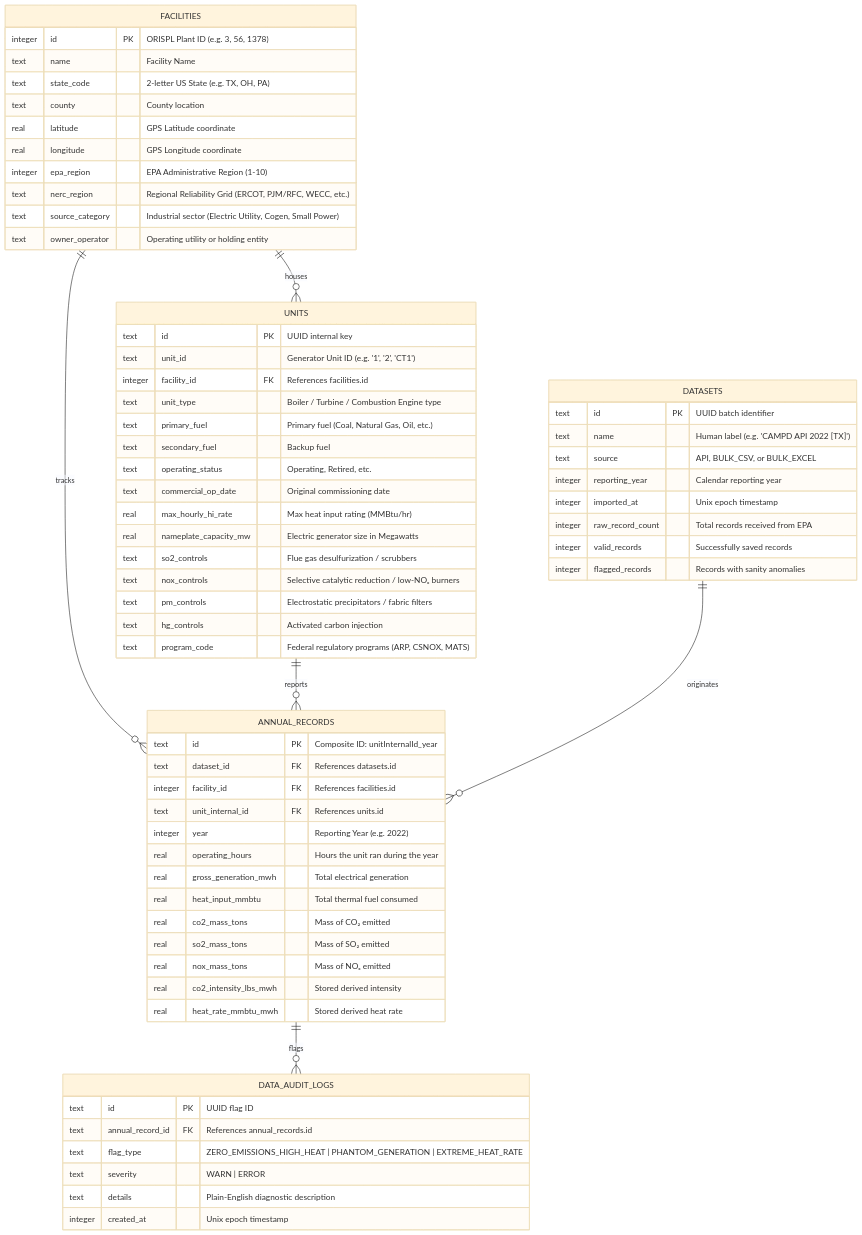
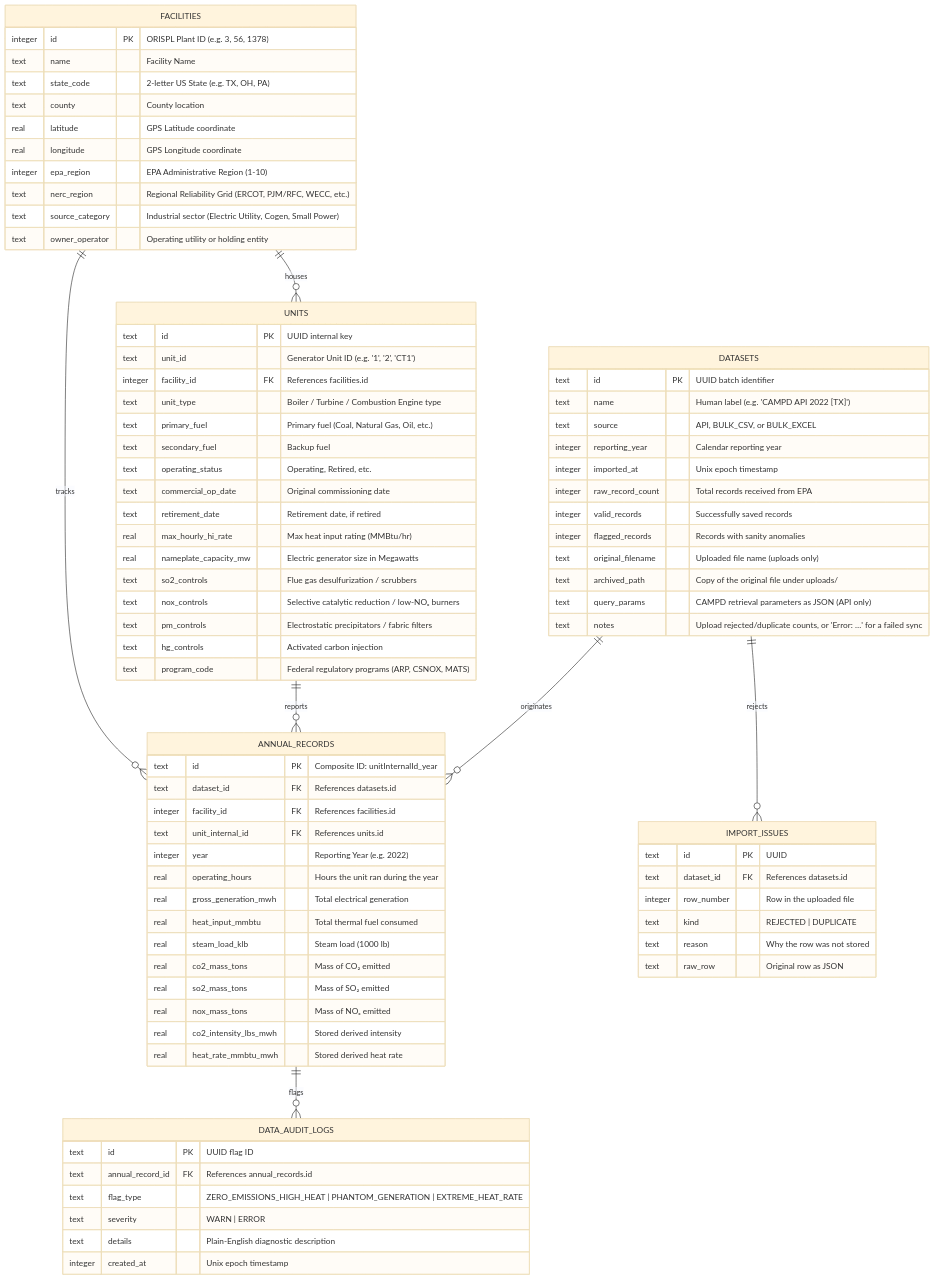
Before and after one commit to raajbanga/cs396-project: the diagram in README.md, drawn with Mermaid (base theme). The commit also changed other lines of this file and 27 other files, not shown here.

```diff
--- a/README.md
+++ b/README.md
@@ -83,6 +84,7 @@
     UNITS ||--o{ ANNUAL_RECORDS : "reports"
     DATASETS ||--o{ ANNUAL_RECORDS : "originates"
     ANNUAL_RECORDS ||--o{ DATA_AUDIT_LOGS : "flags"
+    DATASETS ||--o{ IMPORT_ISSUES : "rejects"
 
     FACILITIES {
         integer id PK "ORISPL Plant ID (e.g. 3, 56, 1378)"
@@ -106,6 +108,7 @@
         text secondary_fuel "Backup fuel"
         text operating_status "Operating, Retired, etc."
         text commercial_op_date "Original commissioning date"
+        text retirement_date "Retirement date, if retired"
         real max_hourly_hi_rate "Max heat input rating (MMBtu/hr)"
         real nameplate_capacity_mw "Electric generator size in Megawatts"
         text so2_controls "Flue gas desulfurization / scrubbers"
@@ -124,6 +127,10 @@
         integer raw_record_count "Total records received from EPA"
         integer valid_records "Successfully saved records"
         integer flagged_records "Records with sanity anomalies"
+        text original_filename "Uploaded file name (uploads only)"
+        text archived_path "Copy of the original file under uploads/"
+        text query_params "CAMPD retrieval parameters as JSON (API only)"
+        text notes "Upload rejected/duplicate counts, or 'Error: …' for a failed sync"
     }
 
     ANNUAL_RECORDS {
@@ -135,11 +142,21 @@
         real operating_hours "Hours the unit ran during the year"
         real gross_generation_mwh "Total electrical generation"
         real heat_input_mmbtu "Total thermal fuel consumed"
+        real steam_load_klb "Steam load (1000 lb)"
         real co2_mass_tons "Mass of CO₂ emitted"
         real so2_mass_tons "Mass of SO₂ emitted"
         real nox_mass_tons "Mass of NOₓ emitted"
         real co2_intensity_lbs_mwh "Stored derived intensity"
         real heat_rate_mmbtu_mwh "Stored derived heat rate"
+    }
+
+    IMPORT_ISSUES {
+        text id PK "UUID"
+        text dataset_id FK "References datasets.id"
+        integer row_number "Row in the uploaded file"
+        text kind "REJECTED | DUPLICATE"
+        text reason "Why the row was not stored"
+        text raw_row "Original row as JSON"
     }
 
     DATA_AUDIT_LOGS {
```
